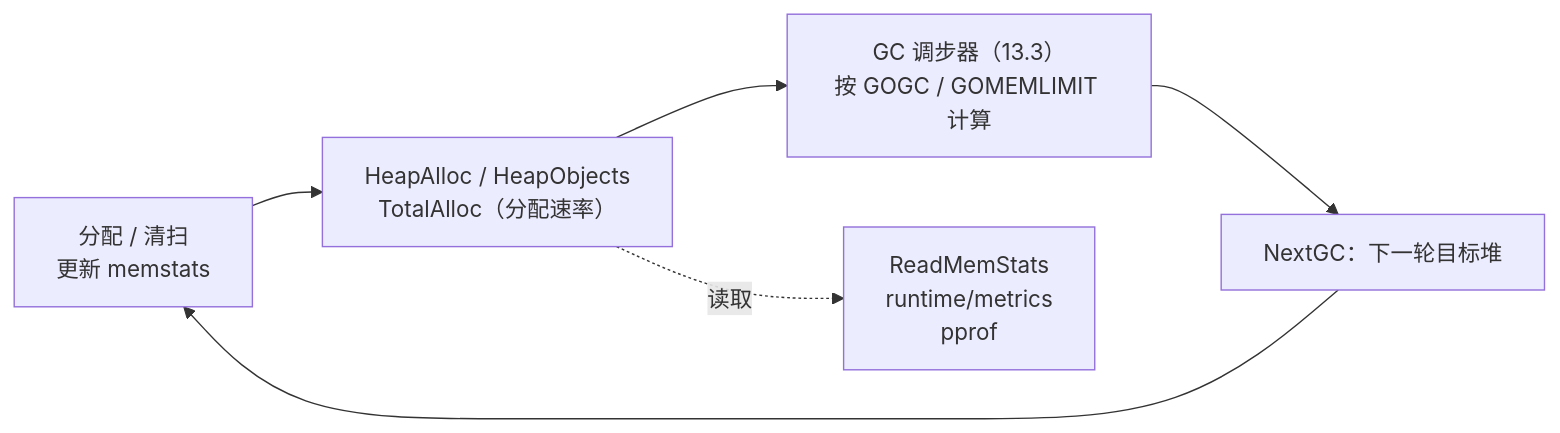
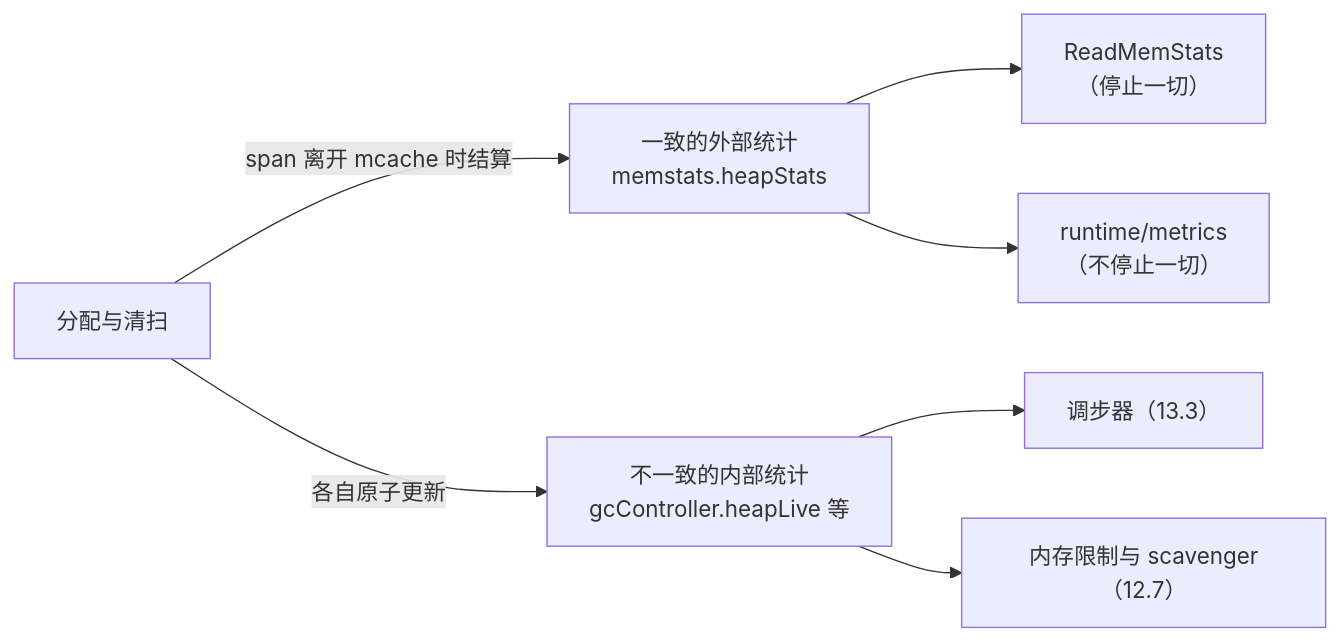
One commit to golang-design/under-the-hood changed the diagram in book/zh-cn/part4memory/ch12alloc/mstats.md. Above: the diagram before and after it, drawn with Mermaid. The commit also changed other lines of this file and 9 other files, not shown here.

````diff
--- a/book/zh-cn/part4memory/ch12alloc/mstats.md
+++ b/book/zh-cn/part4memory/ch12alloc/mstats.md
@@ -173,8 +169,9 @@
 ```mermaid
 flowchart LR
-    A["分配 / 清扫<br/>更新 memstats"] --> S["HeapAlloc / HeapObjects<br/>TotalAlloc（分配速率）"]
-    S --> P["GC 调步器（13.3）<br/>按 GOGC / GOMEMLIMIT 计算"]
-    P --> N["NextGC：下一轮目标堆"]
-    N --> A
-    S -.读取.-> R["ReadMemStats<br/>runtime/metrics<br/>pprof"]
+    A["分配与清扫"] -->|"span 离开 mcache 时结算"| C["一致的外部统计<br/>memstats.heapStats"]
+    A -->|"各自原子更新"| I["不一致的内部统计<br/>gcController.heapLive 等"]
+    C --> R1["ReadMemStats<br/>（停止一切）"]
+    C --> R2["runtime/metrics<br/>（不停止一切）"]
+    I --> P["调步器（13.3）"]
+    I --> S["内存限制与 scavenger（12.7）"]
 ```
````
